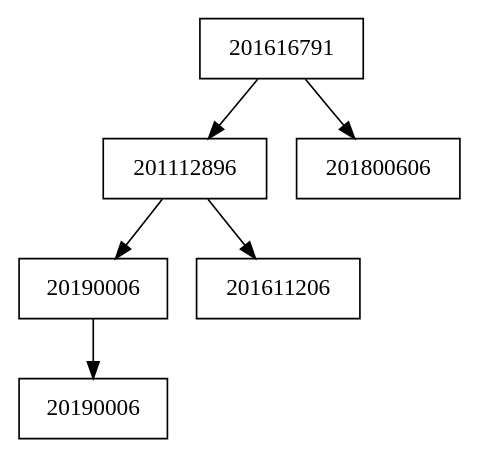
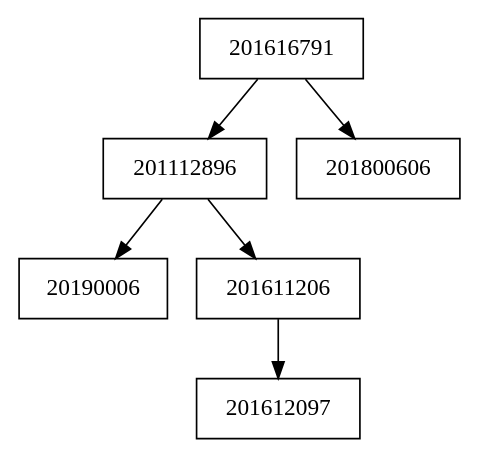
One commit to erclem1998/conferenciaEDD changed the diagram in backend/grafo.dot. Above: the diagram before and after it, drawn with Graphviz. The commit also changed 3 other files, not shown here.

```diff
--- a/backend/grafo.dot
+++ b/backend/grafo.dot
@@ -1,14 +1,14 @@
 digraph G{
 node[shape="box"]
 Nodo0[label="201616791"];
 Nodo1[label="201112896"];
 Nodo0->Nodo1;
 Nodo2[label="20190006"];
 Nodo1->Nodo2;
-Nodo3[label="20190006"];
-Nodo2->Nodo3;
-Nodo4[label="201611206"];
-Nodo1->Nodo4;
+Nodo3[label="201611206"];
+Nodo1->Nodo3;
+Nodo4[label="201612097"];
+Nodo3->Nodo4;
 Nodo5[label="201800606"];
 Nodo0->Nodo5;
 }
```
